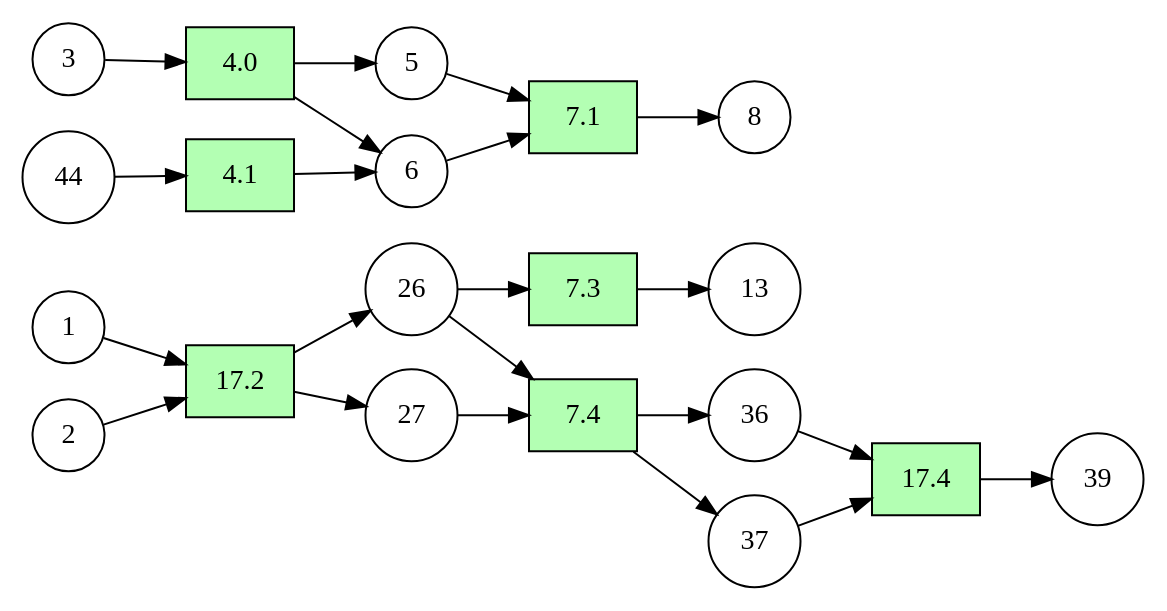
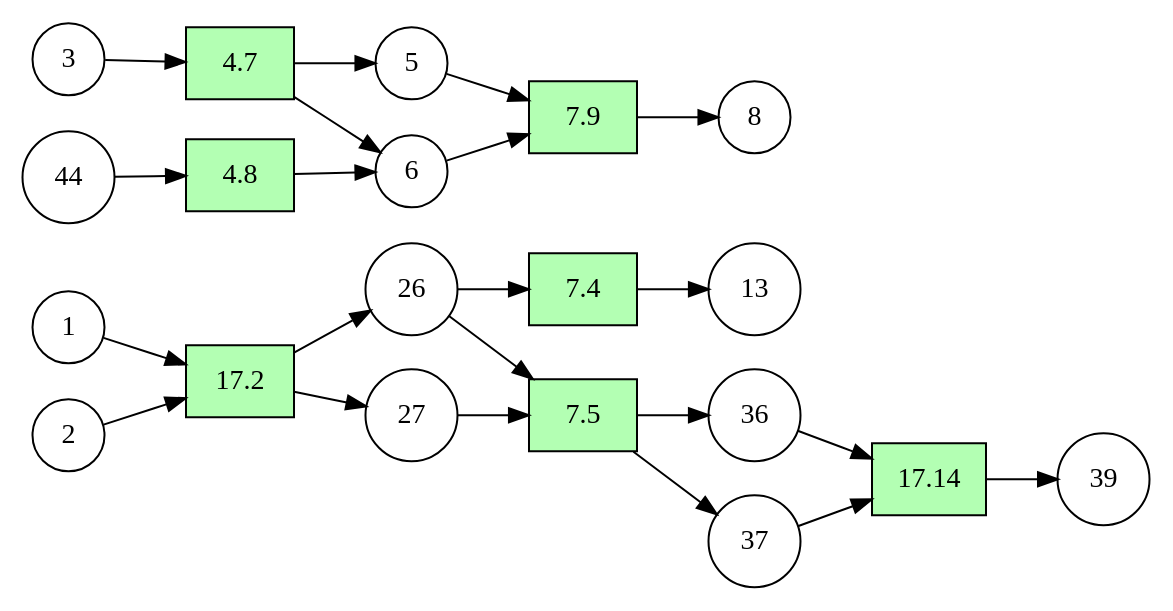
The diagram in graph/knocked.gv (ebloc/AutonomousSoftwareOrg), drawn with Graphviz before and after one commit. The commit also changed 11 other files, not shown here.

Commit message:
Update global index in all graphs

```diff
--- a/graph/knocked.gv
+++ b/graph/knocked.gv
@@ -1,49 +1,49 @@
 digraph "G" {
     compound=true;
     forcelabels=true;
     rankdir=LR;
     node [fillcolor=white, shape=circle, style=filled];
     1 [weight=99];
     2 [weight=99];
     3 [weight=99];
     5 [weight=99];
     6 [weight=99];
     8 [weight=99];
     13 [weight=99];
     26 [weight=99];
     27 [weight=99];
     36 [weight=99];
     37 [weight=99];
     39 [weight=99];
     44 [weight=99];
     node [style=filled fillcolor="#b3ffb3",shape=box]
-    "7.1";
-    "7.3";
+    "7.9";
     "7.4";
-    "4.0";
-    "4.1";
+    "7.5";
+    "4.7";
+    "4.8";
     "17.2";
-    "17.4";
+    "17.14";
     1 -> "17.2"  [key=0];
     2 -> "17.2"  [key=0];
-    3 -> "4.0"  [key=0];
-    5 -> "7.1"  [key=0];
-    6 -> "7.1"  [key=0];
+    3 -> "4.7"  [key=0];
+    5 -> "7.9"  [key=0];
+    6 -> "7.9"  [key=0];
     // 13 -> "17.3"  [key=0];
-    26 -> "7.3"  [key=0];
     26 -> "7.4"  [key=0];
-    27 -> "7.4"  [key=0];
-    36 -> "17.4"  [key=0];
-    37 -> "17.4"  [key=0];
-    44 -> "4.1"  [key=0];
-    "7.1" -> 8  [key=0];
-    "7.3" -> 13  [key=0];
-    "7.4" -> 36  [key=0];
-    "7.4" -> 37  [key=0];
-    "4.0" -> 5  [key=0];
-    "4.0" -> 6  [key=0];
-    "4.1" -> 6  [key=0];
+    26 -> "7.5"  [key=0];
+    27 -> "7.5"  [key=0];
+    36 -> "17.14"  [key=0];
+    37 -> "17.14"  [key=0];
+    44 -> "4.8"  [key=0];
+    "7.9" -> 8  [key=0];
+    "7.4" -> 13  [key=0];
+    "7.5" -> 36  [key=0];
+    "7.5" -> 37  [key=0];
+    "4.7" -> 5  [key=0];
+    "4.7" -> 6  [key=0];
+    "4.8" -> 6  [key=0];
     "17.2" -> 26  [key=0];
     "17.2" -> 27  [key=0];
-    "17.4" -> 39  [key=0];
+    "17.14" -> 39  [key=0];
 }
```
